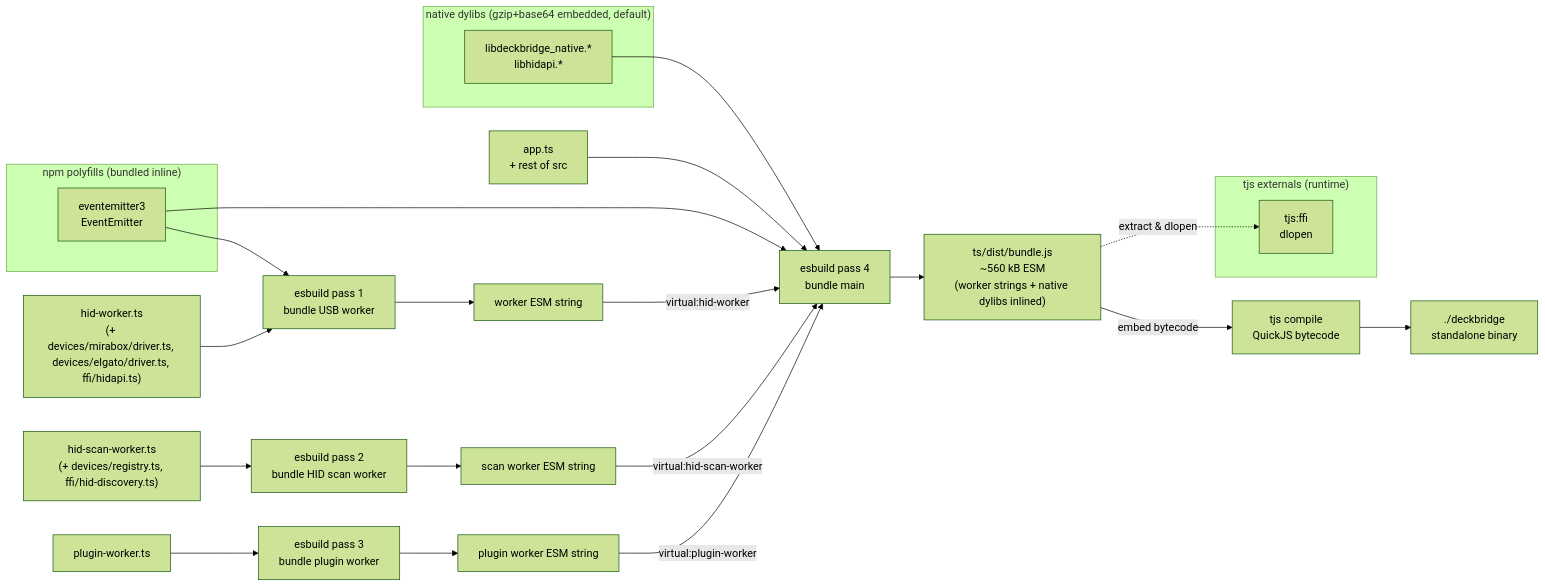
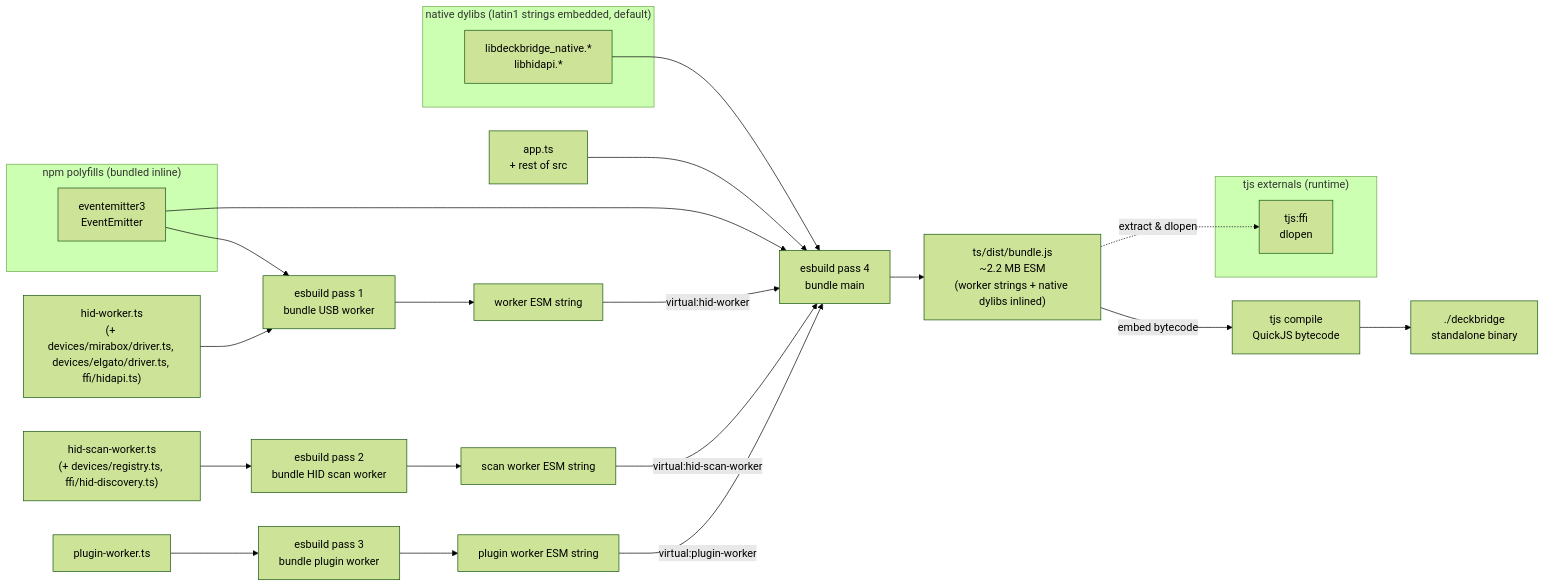
Before and after one commit to lukasMega/DeckBridge: the second of 4 diagrams in docs/ARCHITECTURE.md, drawn with Mermaid (forest theme). The commit also changed other lines of this file and 11 other files, not shown here.

First line of the commit message:
perf: embed native libs and font atlas as latin1 strings (#208)

````diff
--- a/docs/ARCHITECTURE.md
+++ b/docs/ARCHITECTURE.md
@@ -758,42 +760,42 @@
 ```mermaid
 flowchart LR
     WTS["hid-worker.ts<br/>(+ devices/mirabox/driver.ts, devices/elgato/driver.ts, ffi/hidapi.ts)"]
     SWTS["hid-scan-worker.ts<br/>(+ devices/registry.ts, ffi/hid-discovery.ts)"]
     PWTS["plugin-worker.ts"]
     TS["app.ts<br/>+ rest of src"]
     EB1["esbuild pass 1<br/>bundle USB worker"]
     EBS["esbuild pass 2<br/>bundle HID scan worker"]
     EBP["esbuild pass 3<br/>bundle plugin worker"]
     WSTR["worker ESM string"]
     SWSTR["scan worker ESM string"]
     PWSTR["plugin worker ESM string"]
     EB2["esbuild pass 4<br/>bundle main"]
-    BUNDLE["ts/dist/bundle.js<br/>~560 kB ESM<br/>(worker strings + native dylibs inlined)"]
+    BUNDLE["ts/dist/bundle.js<br/>~2.2 MB ESM<br/>(worker strings + native dylibs inlined)"]
     TJSC["tjs compile<br/>QuickJS bytecode"]
     BIN["./deckbridge<br/>standalone binary"]
 
     WTS --> EB1 --> WSTR
     SWTS --> EBS --> SWSTR
     PWTS --> EBP --> PWSTR
     WSTR -->|"virtual:hid-worker"| EB2
     SWSTR -->|"virtual:hid-scan-worker"| EB2
     PWSTR -->|"virtual:plugin-worker"| EB2
     TS --> EB2 --> BUNDLE
     BUNDLE -->|"embed bytecode"| TJSC --> BIN
 
-    subgraph "native dylibs (gzip+base64 embedded, default)"
+    subgraph "native dylibs (latin1 strings embedded, default)"
         IMG_DL["libdeckbridge_native.*<br/>libhidapi.*"]
     end
     IMG_DL --> EB2
 
     subgraph "npm polyfills (bundled inline)"
         EE["eventemitter3<br/>EventEmitter"]
     end
     EE --> EB1
     EE --> EB2
 
     subgraph "tjs externals (runtime)"
         FFI["tjs:ffi<br/>dlopen"]
     end
     BUNDLE -.->|"extract & dlopen"| FFI
 ```
````
